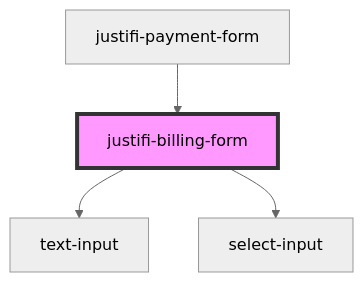
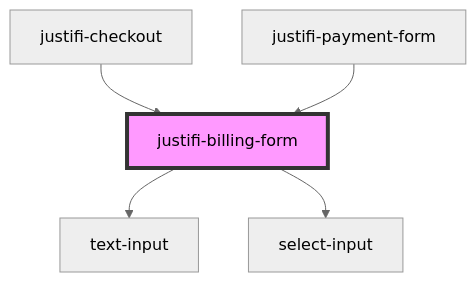
The diagram in packages/webcomponents/src/components/billing-form/readme.md (justifi-tech/web-component-library), drawn with Mermaid (neutral theme) before and after one commit. The commit also changed other lines of this file and 19 other files, not shown here.

````diff
--- a/packages/webcomponents/src/components/billing-form/readme.md
+++ b/packages/webcomponents/src/components/billing-form/readme.md
@@ -66,7 +67,8 @@
 ```mermaid
 graph TD;
   justifi-billing-form --> text-input
   justifi-billing-form --> select-input
+  justifi-checkout --> justifi-billing-form
   justifi-payment-form --> justifi-billing-form
   style justifi-billing-form fill:#f9f,stroke:#333,stroke-width:4px
 ```
````
